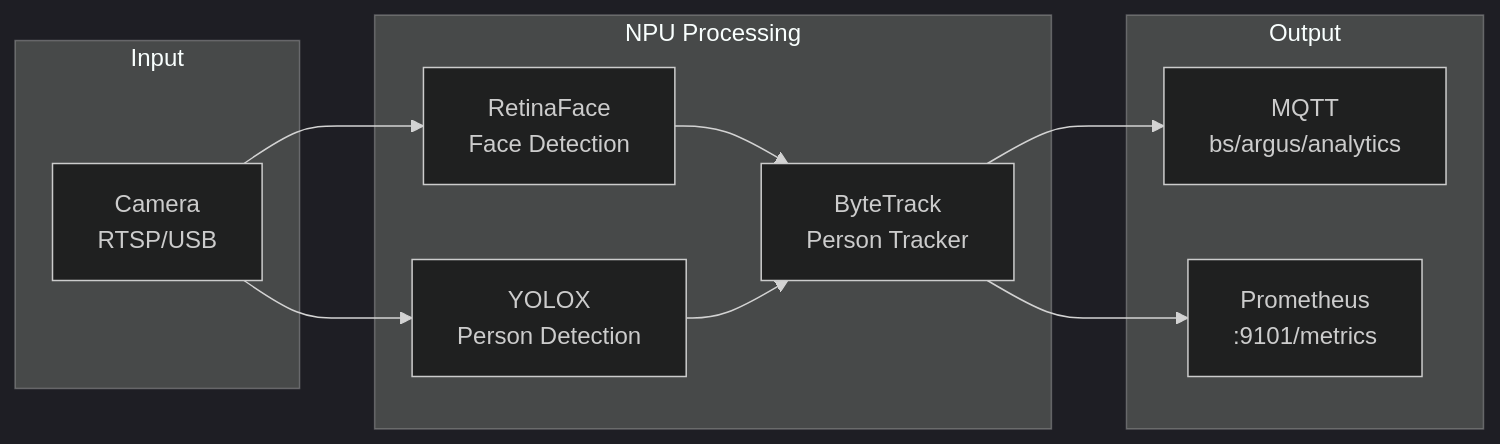
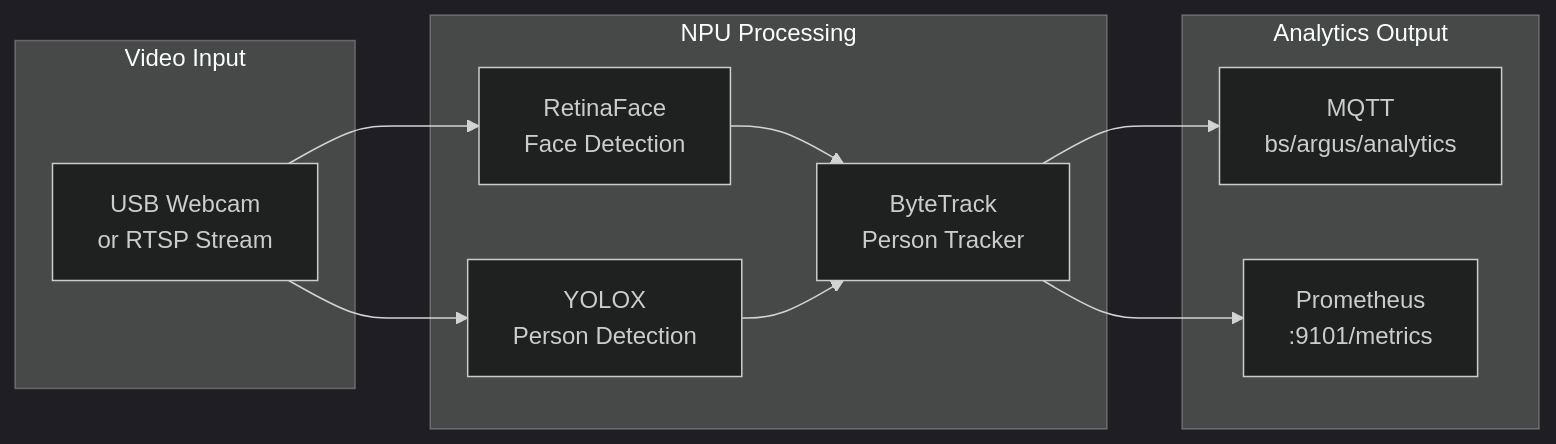
One commit to brightsign/argus-audience-measurement-extension changed the third of 4 diagrams in README.md. Above: the diagram before and after it, drawn with Mermaid (dark theme). The commit also changed other lines of this file, not shown here.

````diff
--- a/README.md
+++ b/README.md
@@ -47,22 +77,22 @@
 ```mermaid
 flowchart LR
-    subgraph Input
-        CAM[Camera<br/>RTSP/USB]
+    subgraph Input["Video Input"]
+        CAM[USB Webcam<br/>or RTSP Stream]
     end
     subgraph Processing["NPU Processing"]
         RF[RetinaFace<br/>Face Detection]
         YX[YOLOX<br/>Person Detection]
         TRK[ByteTrack<br/>Person Tracker]
     end
-    subgraph Output
+    subgraph Output["Analytics Output"]
         MQTT[MQTT<br/>bs/argus/analytics]
         PROM[Prometheus<br/>:9101/metrics]
     end
 
     CAM --> RF
     CAM --> YX
     RF --> TRK
     YX --> TRK
     TRK --> MQTT
     TRK --> PROM
 ```
````
